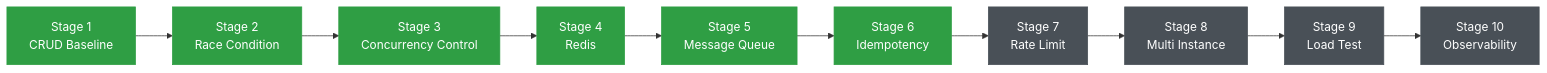
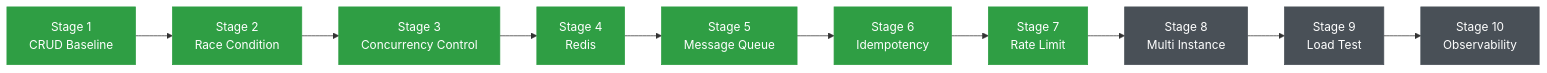
The first of 7 diagrams in README.md (kaikaizhen/High-Concurrency-Flash-Sale-System), drawn with Mermaid before and after one commit. The commit also changed other lines of this file and 14 other files, not shown here.

````diff
--- a/README.md
+++ b/README.md
@@ -31,17 +31,17 @@
 ```mermaid
 flowchart LR
     S1["Stage 1<br/>CRUD Baseline"] --> S2["Stage 2<br/>Race Condition"]
     S2 --> S3["Stage 3<br/>Concurrency Control"]
     S3 --> S4["Stage 4<br/>Redis"]
     S4 --> S5["Stage 5<br/>Message Queue"]
     S5 --> S6["Stage 6<br/>Idempotency"]
     S6 --> S7["Stage 7<br/>Rate Limit"]
     S7 --> S8["Stage 8<br/>Multi Instance"]
     S8 --> S9["Stage 9<br/>Load Test"]
     S9 --> S10["Stage 10<br/>Observability"]
 
     classDef done fill:#2f9e44,stroke:#2f9e44,color:#fff
     classDef todo fill:#495057,stroke:#495057,color:#fff
-    class S1,S2,S3,S4,S5,S6 done
-    class S7,S8,S9,S10 todo
+    class S1,S2,S3,S4,S5,S6,S7 done
+    class S8,S9,S10 todo
 ```
````
